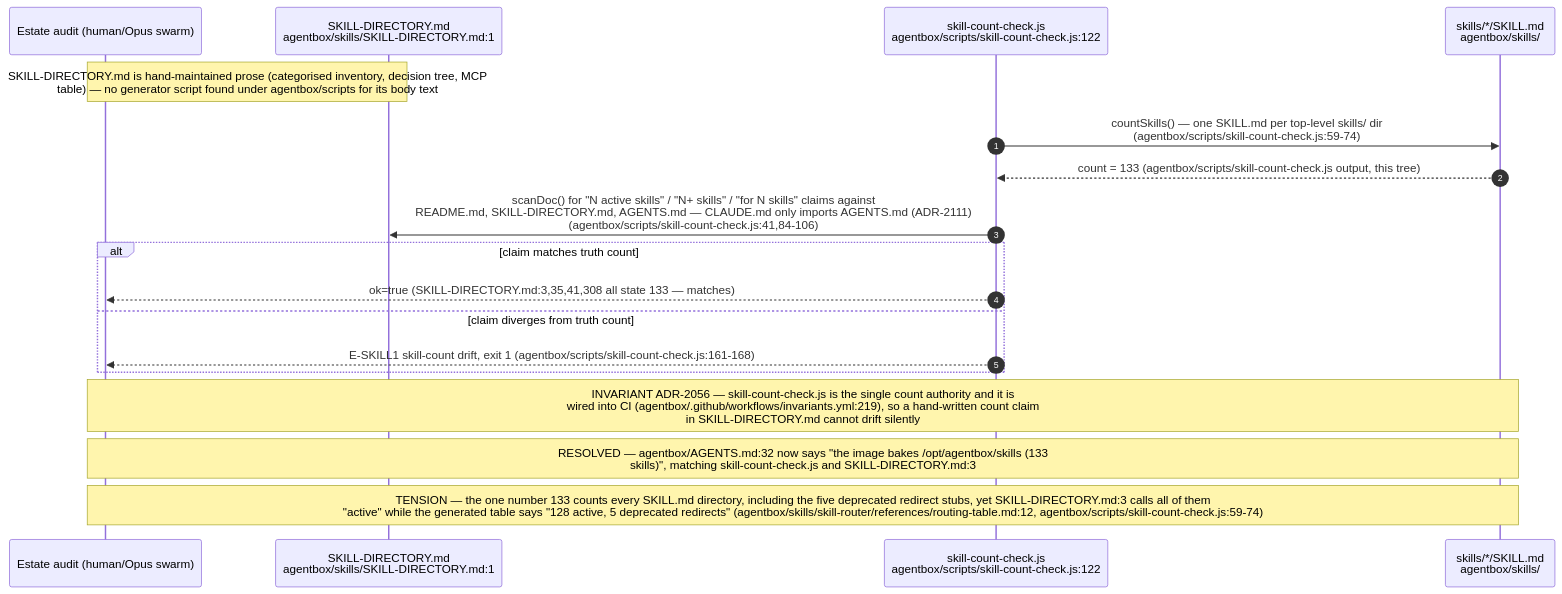
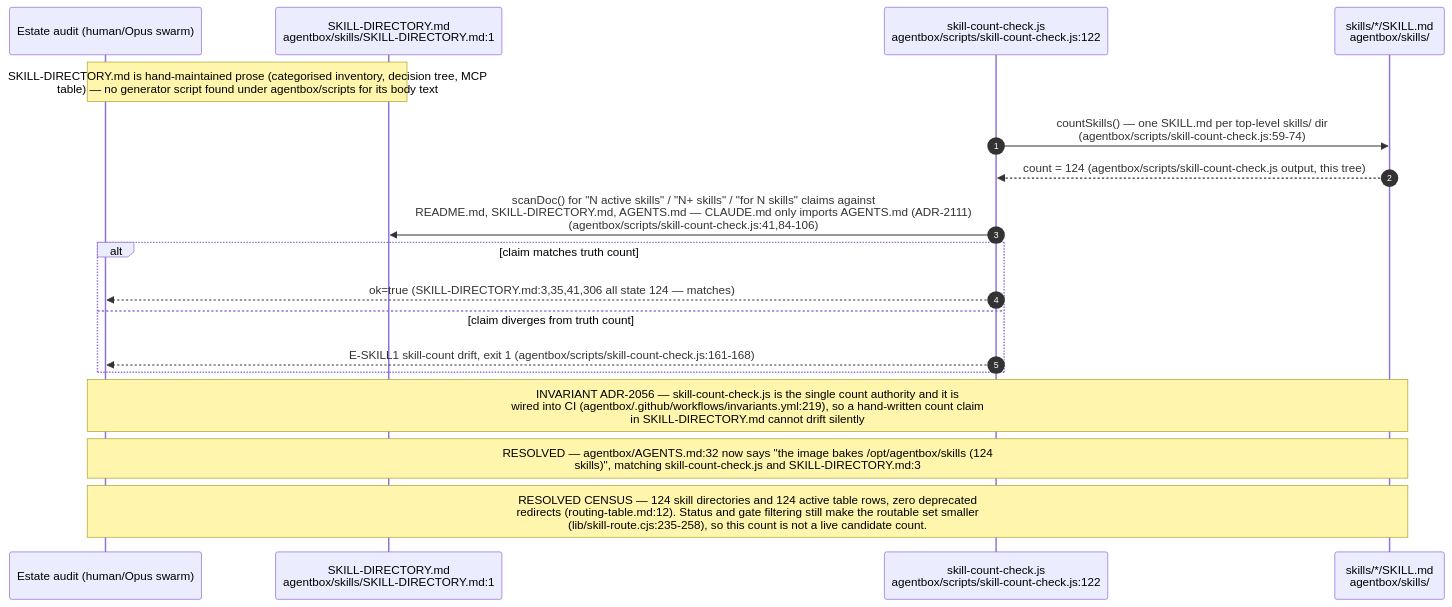
Before and after one commit to DreamLab-AI/VisionFlow: the fourth of 12 diagrams in docs/diagrams/agentbox/22-skills-and-routing.md, drawn with Mermaid. The commit also changed other lines of this file and 6 other files, not shown here.

````diff
--- a/docs/diagrams/agentbox/22-skills-and-routing.md
+++ b/docs/diagrams/agentbox/22-skills-and-routing.md
@@ -196,21 +198,21 @@
 ```mermaid
 sequenceDiagram
     autonumber
     participant AUTHOR as Estate audit (human/Opus swarm)
     participant DIR as SKILL-DIRECTORY.md<br/>agentbox/skills/SKILL-DIRECTORY.md:1
     participant CNT as skill-count-check.js<br/>agentbox/scripts/skill-count-check.js:122
     participant DISK as skills/*/SKILL.md<br/>agentbox/skills/
 
     Note over AUTHOR,DIR: SKILL-DIRECTORY.md is hand-maintained prose (categorised inventory, decision tree, MCP<br/>table) — no generator script found under agentbox/scripts for its body text
     CNT->>DISK: countSkills() — one SKILL.md per top-level skills/ dir<br/>(agentbox/scripts/skill-count-check.js:59-74)
-    DISK-->>CNT: count = 133 (agentbox/scripts/skill-count-check.js output, this tree)
+    DISK-->>CNT: count = 124 (agentbox/scripts/skill-count-check.js output, this tree)
     CNT->>DIR: scanDoc() for "N active skills" / "N+ skills" / "for N skills" claims against<br/>README.md, SKILL-DIRECTORY.md, AGENTS.md — CLAUDE.md only imports AGENTS.md (ADR-2111)<br/>(agentbox/scripts/skill-count-check.js:41,84-106)
     alt claim matches truth count
-        CNT-->>AUTHOR: ok=true (SKILL-DIRECTORY.md:3,35,41,308 all state 133 — matches)
+        CNT-->>AUTHOR: ok=true (SKILL-DIRECTORY.md:3,35,41,306 all state 124 — matches)
     else claim diverges from truth count
         CNT-->>AUTHOR: E-SKILL1 skill-count drift, exit 1 (agentbox/scripts/skill-count-check.js:161-168)
     end
     Note over AUTHOR,DISK: INVARIANT ADR-2056 — skill-count-check.js is the single count authority and it is<br/>wired into CI (agentbox/.github/workflows/invariants.yml:219), so a hand-written count claim<br/>in SKILL-DIRECTORY.md cannot drift silently
-    Note over AUTHOR,DISK: RESOLVED — agentbox/AGENTS.md:32 now says "the image bakes /opt/agentbox/skills (133<br/>skills)", matching skill-count-check.js and SKILL-DIRECTORY.md:3
-    Note over AUTHOR,DISK: TENSION — the one number 133 counts every SKILL.md directory, including the five deprecated redirect stubs, yet SKILL-DIRECTORY.md:3 calls all of them<br/>"active" while the generated table says "128 active, 5 deprecated redirects" (agentbox/skills/skill-router/references/routing-table.md:12, agentbox/scripts/skill-count-check.js:59-74)
+    Note over AUTHOR,DISK: RESOLVED — agentbox/AGENTS.md:32 now says "the image bakes /opt/agentbox/skills (124<br/>skills)", matching skill-count-check.js and SKILL-DIRECTORY.md:3
+    Note over AUTHOR,DISK: RESOLVED CENSUS — 124 skill directories and 124 active table rows, zero deprecated<br/>redirects (routing-table.md:12). Status and gate filtering still make the routable set smaller<br/>(lib/skill-route.cjs:235-258), so this count is not a live candidate count.
 ```
````
